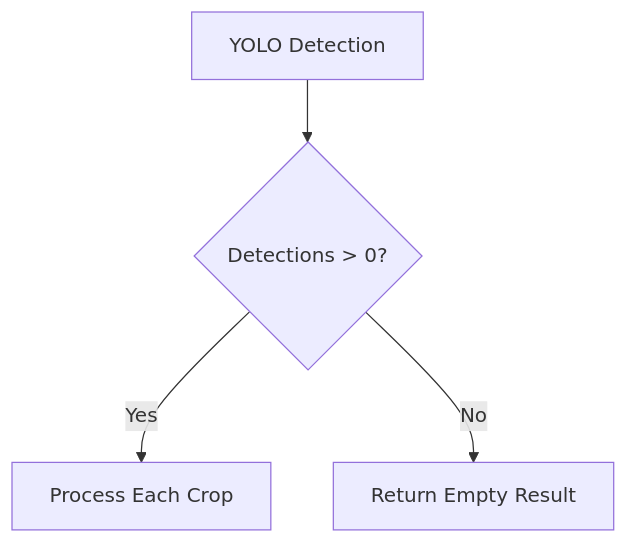
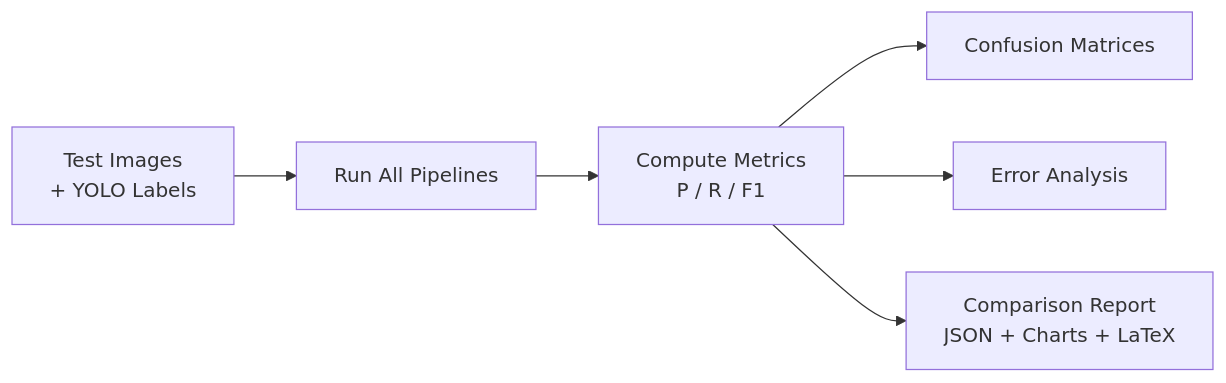
Before and after one commit to omorros/SnapShelf: the fifth of 6 diagrams in research/02-pipeline-comparison/README.md, drawn with Mermaid. The commit also changed other lines of this file, not shown here.

````diff
--- a/research/02-pipeline-comparison/README.md
+++ b/research/02-pipeline-comparison/README.md
@@ -160,6 +185,8 @@
 ```mermaid
-flowchart TD
-    A[YOLO Detection] --> B{Detections > 0?}
-    B -->|Yes| C[Process Each Crop]
-    B -->|No| D[Return Empty Result]
+flowchart LR
+    A[Test Images\n+ YOLO Labels] --> B[Run All Pipelines]
+    B --> C[Compute Metrics\nP / R / F1]
+    C --> D[Confusion Matrices]
+    C --> E[Error Analysis]
+    C --> F[Comparison Report\nJSON + Charts + LaTeX]
 ```
````
